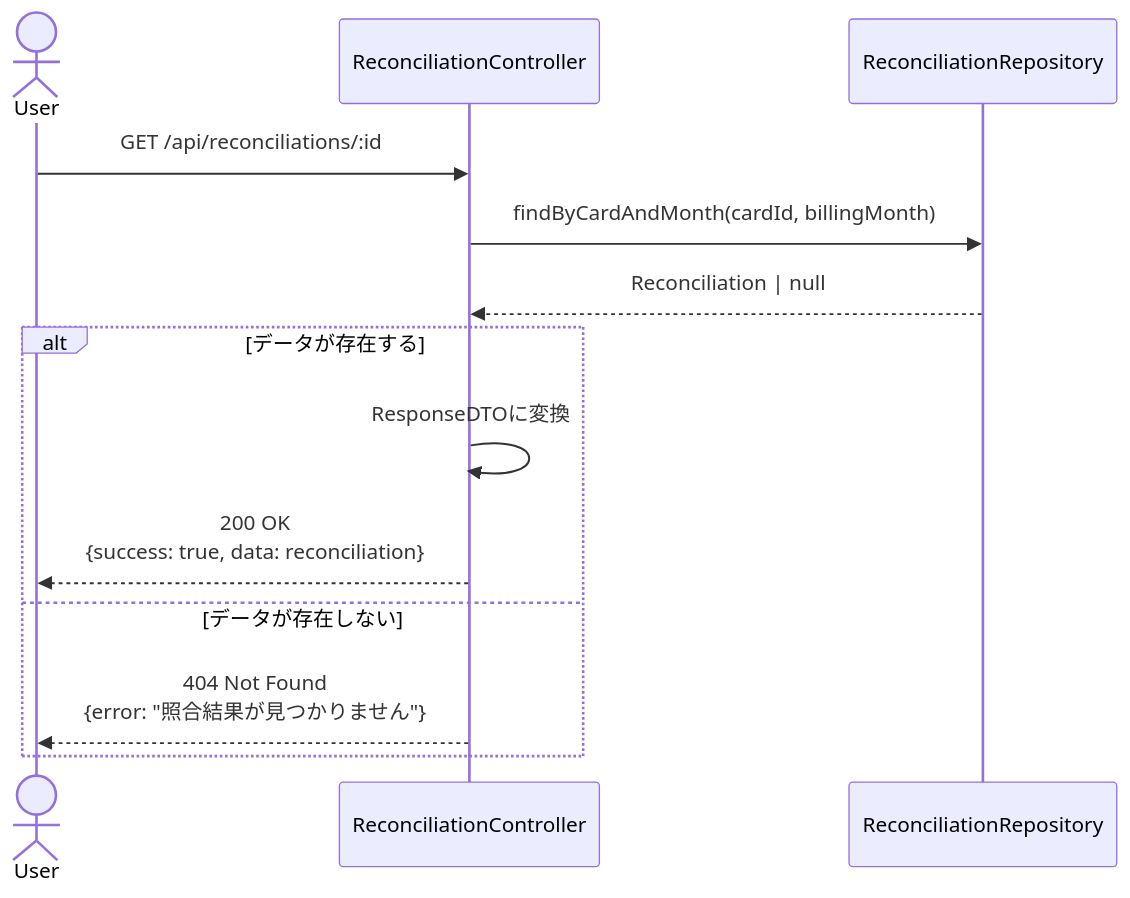
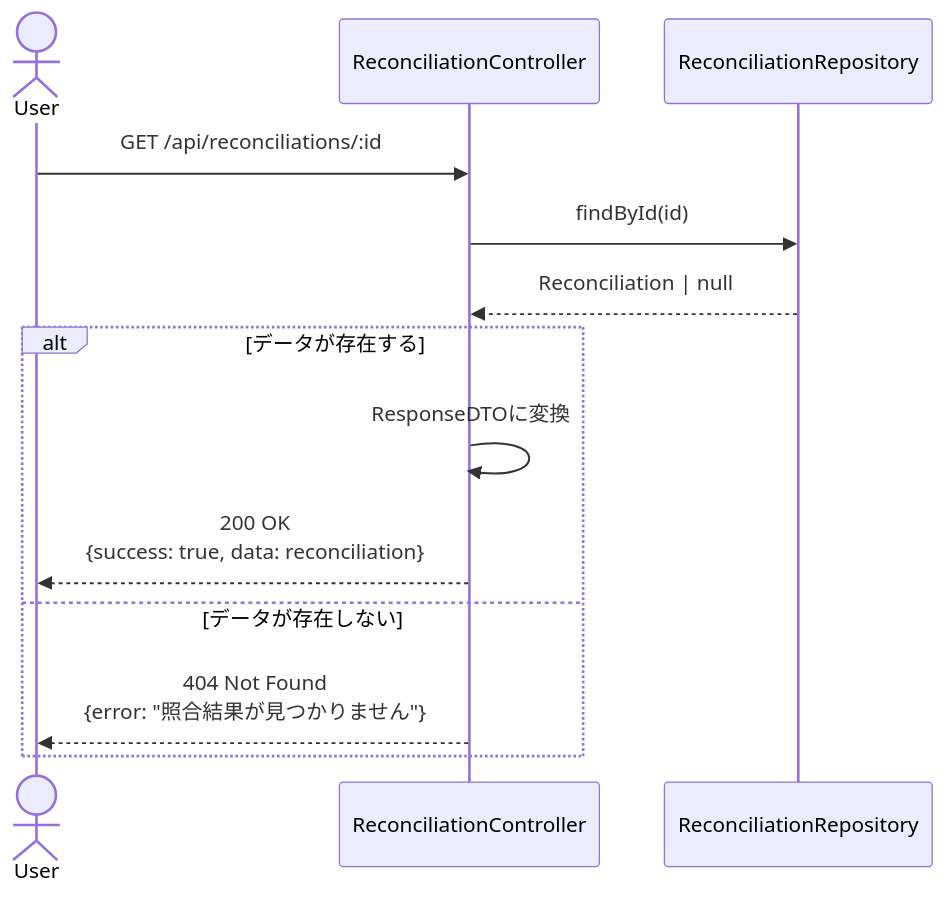
The third of 10 diagrams in docs/detailed-design/FR-013_bank-withdrawal-reconciliation/sequence-diagrams.md (kencom2400/account-book), drawn with Mermaid before and after one commit. The commit also changed other lines of this file and 3 other files, not shown here.

````diff
--- a/docs/detailed-design/FR-013_bank-withdrawal-reconciliation/sequence-diagrams.md
+++ b/docs/detailed-design/FR-013_bank-withdrawal-reconciliation/sequence-diagrams.md
@@ -196,18 +196,18 @@
 ```mermaid
 sequenceDiagram
     actor User
     participant API as ReconciliationController
     participant RR as ReconciliationRepository
 
     User->>API: GET /api/reconciliations/:id
 
-    API->>RR: findByCardAndMonth(cardId, billingMonth)
+    API->>RR: findById(id)
     RR-->>API: Reconciliation | null
 
     alt データが存在する
         API->>API: ResponseDTOに変換
         API-->>User: 200 OK<br/>{success: true, data: reconciliation}
     else データが存在しない
         API-->>User: 404 Not Found<br/>{error: "照合結果が見つかりません"}
     end
 ```
````
